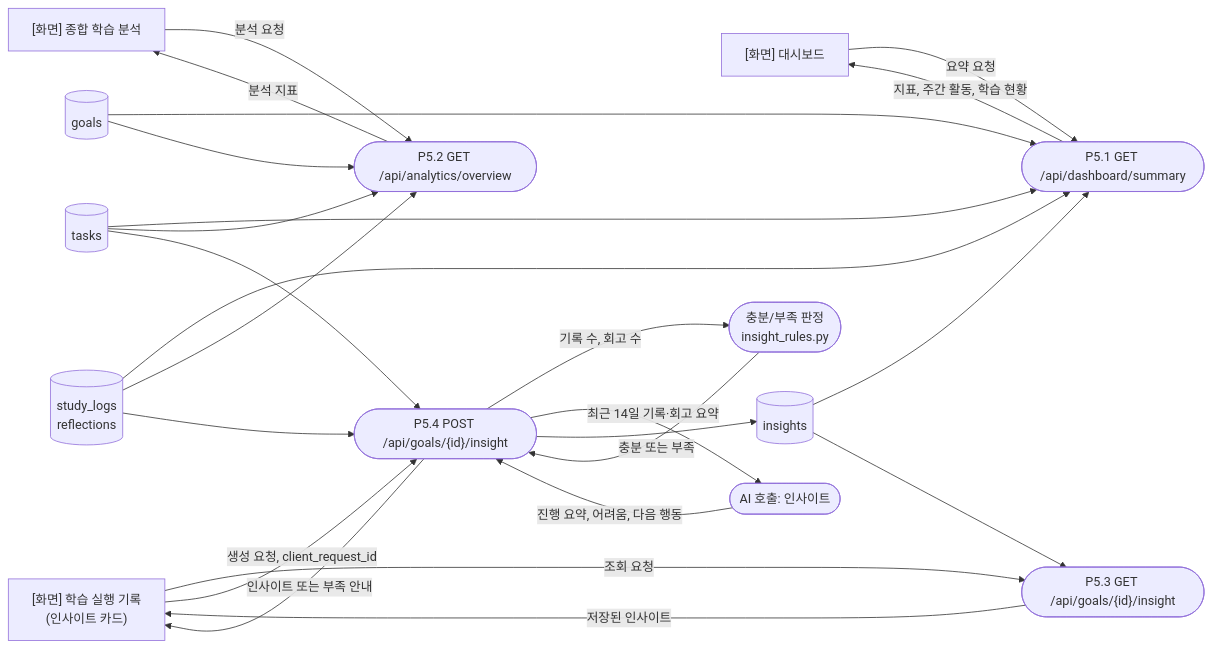
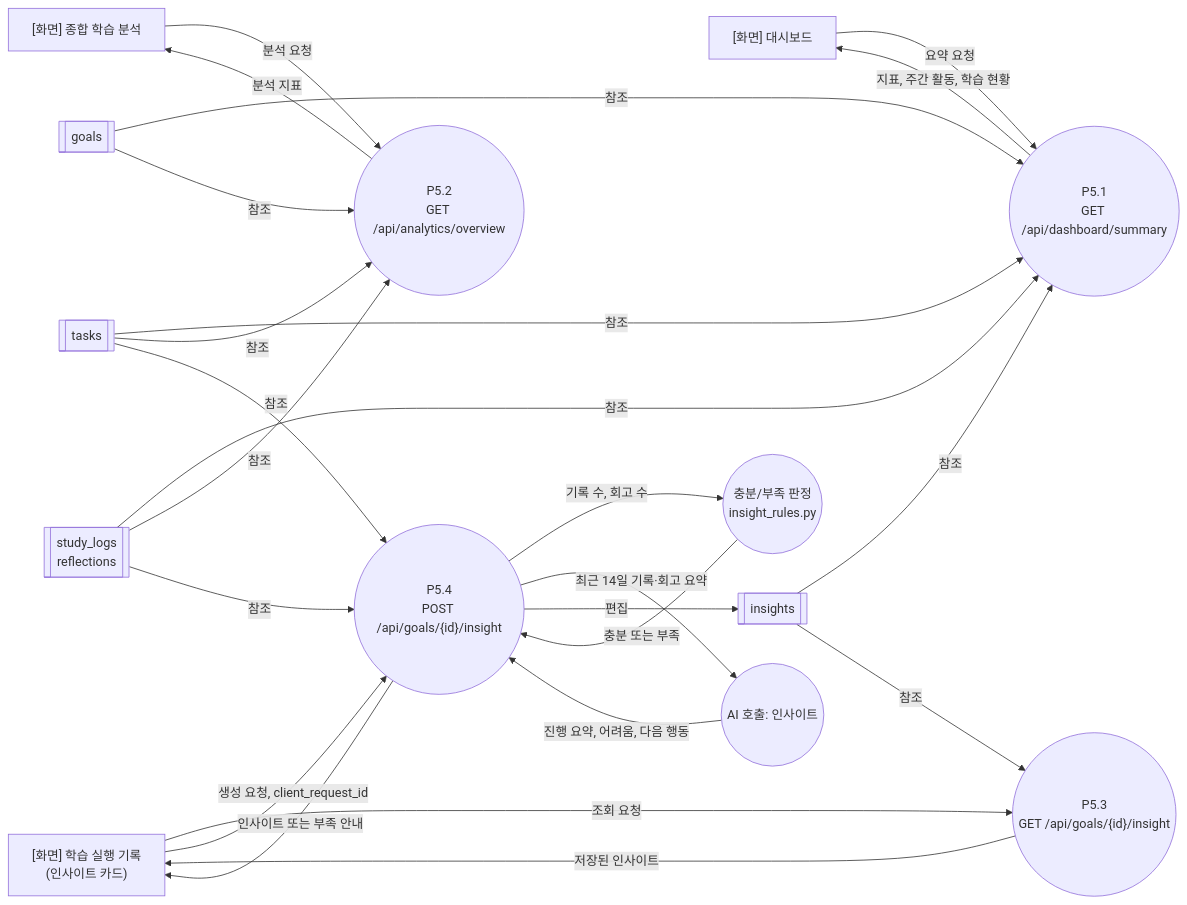
The ninth of 13 diagrams in docs/architecture_dfd.md (yong05610/ai-n-fprj), drawn with Mermaid before and after one commit. The commit also changed other lines of this file, not shown here.

Commit message:
docs: DFD notation per user spec - level 0 context circle with organization terminals; level 1-2 circles, screen terminals, band data stores, curved flows labelled reference/edit

````diff
--- a/docs/architecture_dfd.md
+++ b/docs/architecture_dfd.md
@@ -432,40 +429,40 @@
 ```mermaid
+%%{init: {"flowchart": {"curve": "basis"}}}%%
 flowchart LR
     S1["[화면] 대시보드"]
     S2["[화면] 종합 학습 분석"]
     S3["[화면] 학습 실행 기록<br/>(인사이트 카드)"]
-    P51(["P5.1 GET /api/dashboard/summary"])
-    P52(["P5.2 GET /api/analytics/overview"])
-    P53(["P5.3 GET /api/goals/{id}/insight"])
-    P54(["P5.4 POST /api/goals/{id}/insight"])
-    AI(["AI 호출: 인사이트"])
-    RU(["충분/부족 판정<br/>insight_rules.py"])
-    DG[("goals")]
-    DT[("tasks")]
-    DL[("study_logs<br/>reflections")]
-    DI[("insights")]
-
+    P51(("P5.1<br/>GET /api/dashboard/summary"))
+    P52(("P5.2<br/>GET /api/analytics/overview"))
+    P53(("P5.3<br/>GET /api/goals/{id}/insight"))
+    P54(("P5.4<br/>POST /api/goals/{id}/insight"))
+    AI(("AI 호출: 인사이트"))
+    RU(("충분/부족 판정<br/>insight_rules.py"))
+    DG[["goals"]]
+    DT[["tasks"]]
+    DL[["study_logs<br/>reflections"]]
+    DI[["insights"]]
     S1 -->|"요약 요청"| P51
-    DG --> P51
-    DT --> P51
-    DL --> P51
-    DI --> P51
+    DG -->|"참조"| P51
+    DT -->|"참조"| P51
+    DL -->|"참조"| P51
+    DI -->|"참조"| P51
     P51 -->|"지표, 주간 활동, 학습 현황"| S1
     S2 -->|"분석 요청"| P52
-    DG --> P52
-    DT --> P52
-    DL --> P52
+    DG -->|"참조"| P52
+    DT -->|"참조"| P52
+    DL -->|"참조"| P52
     P52 -->|"분석 지표"| S2
     S3 -->|"조회 요청"| P53
-    DI --> P53
+    DI -->|"참조"| P53
     P53 -->|"저장된 인사이트"| S3
     S3 -->|"생성 요청, client_request_id"| P54
-    DT --> P54
-    DL --> P54
+    DT -->|"참조"| P54
+    DL -->|"참조"| P54
     P54 -->|"기록 수, 회고 수"| RU
     RU -->|"충분 또는 부족"| P54
     P54 -->|"최근 14일 기록·회고 요약"| AI
     AI -->|"진행 요약, 어려움, 다음 행동"| P54
-    P54 --> DI
+    P54 -->|"편집"| DI
     P54 -->|"인사이트 또는 부족 안내"| S3
 ```
````
